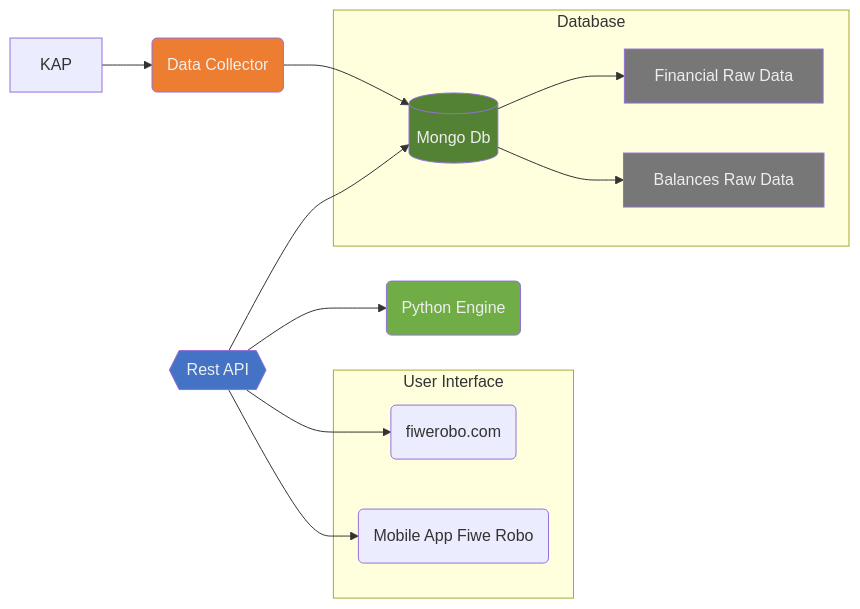
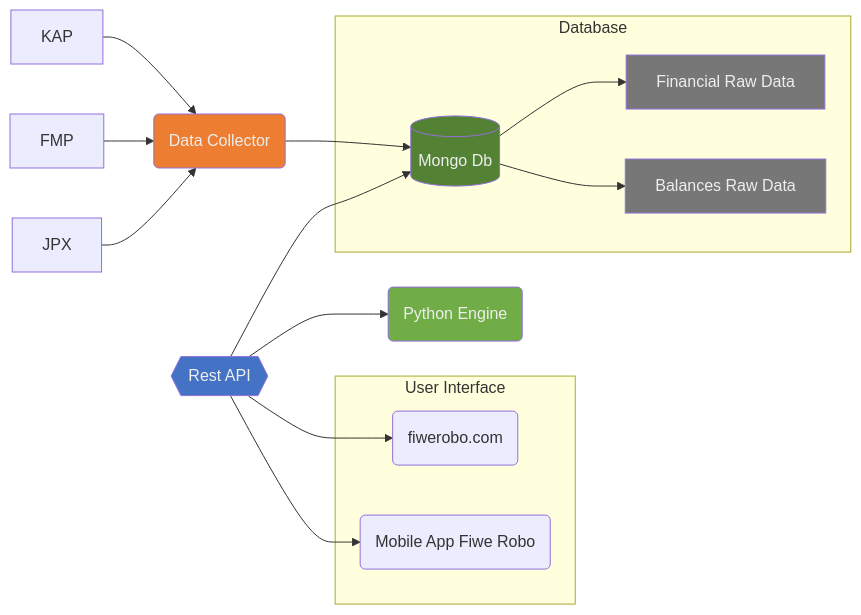
Before and after one commit to thisisalitek/fiwe: the diagram in README.md, drawn with Mermaid.

````diff
--- a/README.md
+++ b/README.md
@@ -7,36 +7,38 @@
 ```mermaid
 graph LR
 dc(Data Collector);style dc fill:#ed7d31,color:#eee;
 mdb[(Mongo Db)];style mdb fill:#548235,color:#eee;
 ww(fiwerobo.com)
 mob(Mobile App Fiwe Robo)
 ra{{Rest API}};style ra fill:#4472c4,color:#eee;
 pe(Python Engine);style pe fill:#70ad47,color:#eee;
 frd[Financial Raw Data]
 bld[Balances Raw Data]
 
 KAP --> dc
+FMP -->dc
+JPX -->dc
 dc --> mdb
 
 ra -->mdb
 ra -->pe
 mdb-->frd
 mdb-->bld
 subgraph Database
 mdb
 frd
 bld
 end
 
 ra -->ww
 ra-->mob
 subgraph UI [User Interface]
 ww
 mob
 end
 
 classDef dbCollections fill:#777,color:#eee;
 class frd,bld dbCollections;
 %% classDef ppS fill:#5b9bd5,color:#eee;
 %% class KAP,kraken,xchange,liverates ppS;
 ```
````
